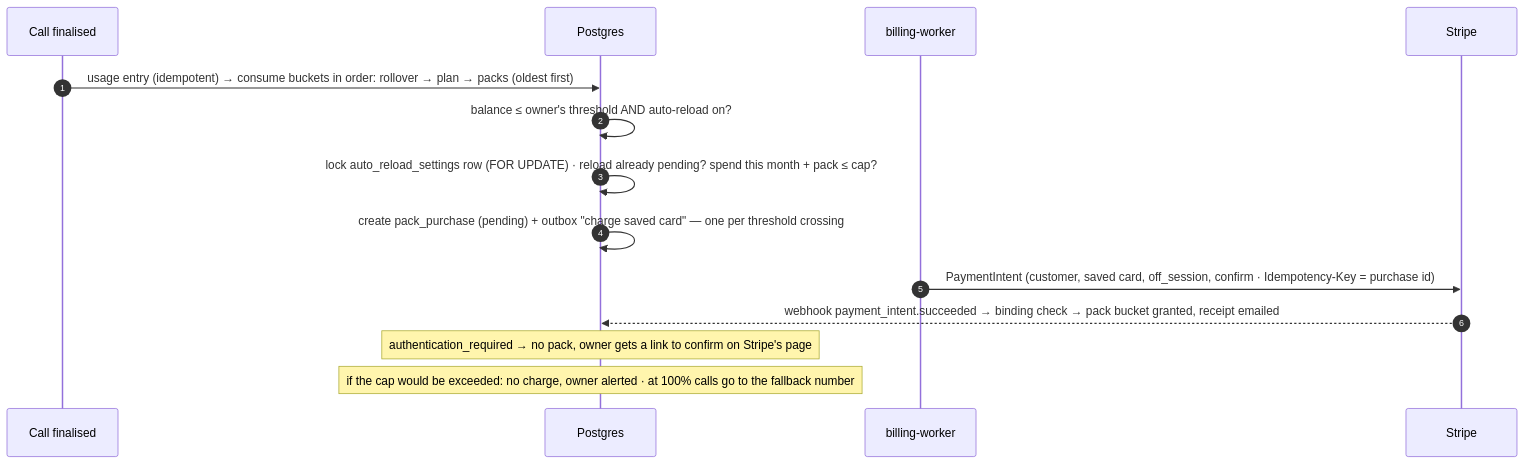
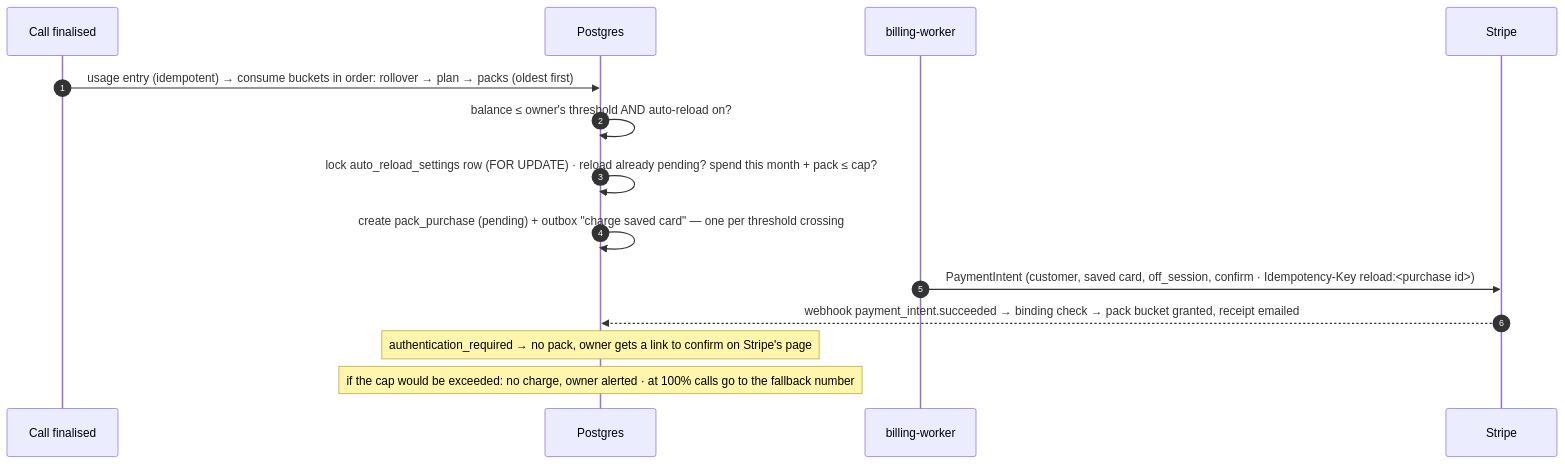
Before and after one commit to singhdhruv525-source/Zella-AI: the seventh of 16 diagrams in docs/PAYMENTS_ARCHITECTURE.md, drawn with Mermaid. The commit also changed other lines of this file, not shown here.

First line of the commit message:
Docs: the same key names in every section as in the key map (8.1)

````diff
--- a/docs/PAYMENTS_ARCHITECTURE.md
+++ b/docs/PAYMENTS_ARCHITECTURE.md
@@ -319,17 +319,17 @@
 ```mermaid
 sequenceDiagram
   autonumber
   participant CALL as Call finalised
   participant DB as Postgres
   participant WK as billing-worker
   participant RZ as Stripe
 
   CALL->>DB: usage entry (idempotent) → consume buckets in order: rollover → plan → packs (oldest first)
   DB->>DB: balance ≤ owner's threshold AND auto-reload on?
   DB->>DB: lock auto_reload_settings row (FOR UPDATE) · reload already pending? spend this month + pack ≤ cap?
   DB->>DB: create pack_purchase (pending) + outbox "charge saved card" — one per threshold crossing
-  WK->>RZ: PaymentIntent (customer, saved card, off_session, confirm · Idempotency-Key = purchase id)
+  WK->>RZ: PaymentIntent (customer, saved card, off_session, confirm · Idempotency-Key reload:<purchase id>)
   RZ-->>DB: webhook payment_intent.succeeded → binding check → pack bucket granted, receipt emailed
   Note over DB: authentication_required → no pack, owner gets a link to confirm on Stripe's page
   Note over DB: if the cap would be exceeded: no charge, owner alerted · at 100% calls go to the fallback number
 ```
````
